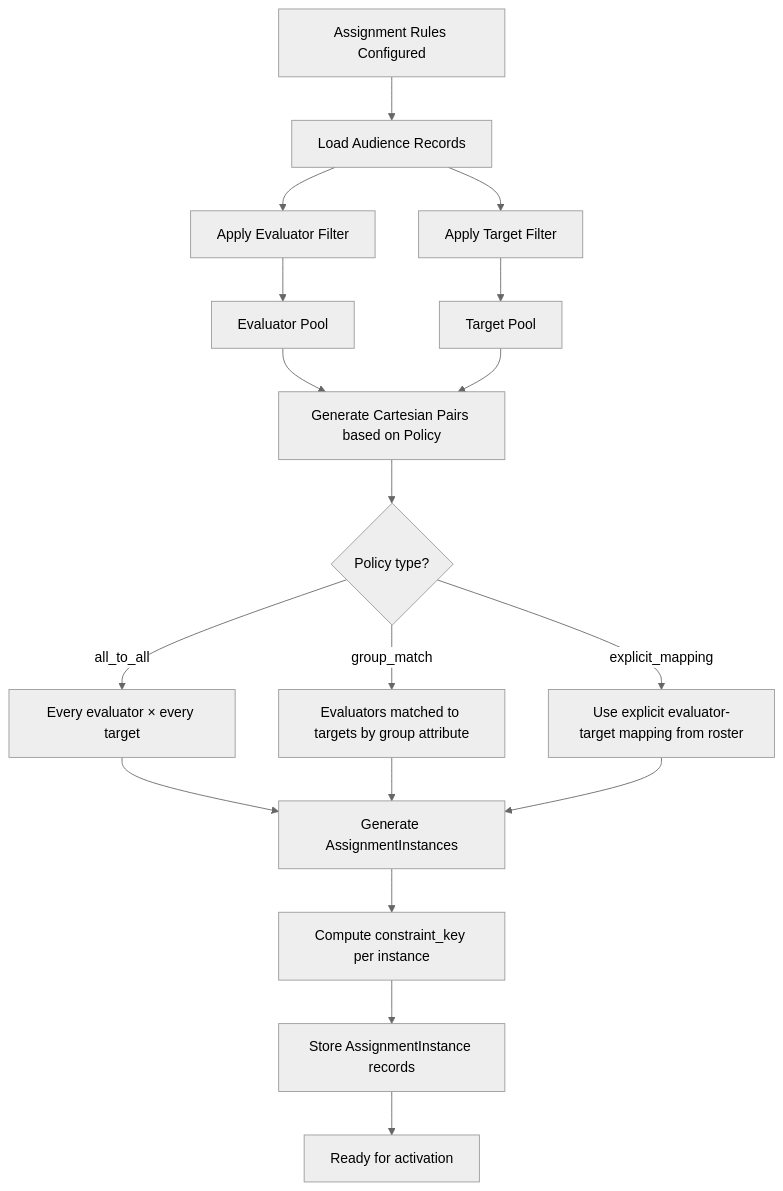
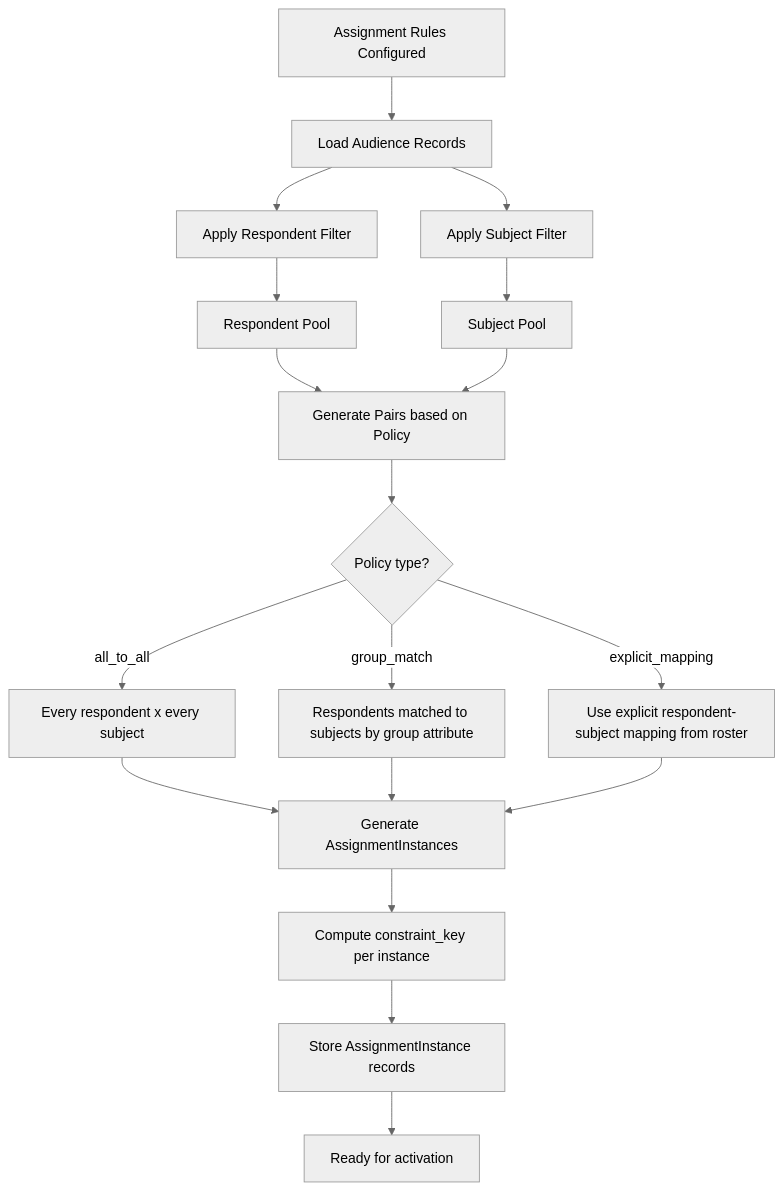
Diagram 12 of 25 in docs/lifecycle-flows.md (MuhibNayem/Survey-Engine), drawn with Mermaid (neutral theme) before and after one commit. The commit also changed other lines of this file and 4 other files, not shown here.

Commit message:
feat: Introduce "Open" and "Assigned" campaign modes, updating related requirements, data models, and lifecycle flows.

````diff
--- a/docs/lifecycle-flows.md
+++ b/docs/lifecycle-flows.md
@@ -575,20 +592,20 @@
 ```mermaid
 flowchart TD
   A[Assignment Rules Configured] --> B[Load Audience Records]
-  B --> C[Apply Evaluator Filter]
-  C --> D[Evaluator Pool]
-  B --> E[Apply Target Filter]
-  E --> F[Target Pool]
-  D --> G[Generate Cartesian Pairs based on Policy]
+  B --> C[Apply Respondent Filter]
+  C --> D[Respondent Pool]
+  B --> E[Apply Subject Filter]
+  E --> F[Subject Pool]
+  D --> G[Generate Pairs based on Policy]
   F --> G
   G --> H{Policy type?}
-  H -->|all_to_all| I[Every evaluator × every target]
-  H -->|group_match| J[Evaluators matched to targets by group attribute]
-  H -->|explicit_mapping| K[Use explicit evaluator-target mapping from roster]
+  H -->|all_to_all| I[Every respondent x every subject]
+  H -->|group_match| J[Respondents matched to subjects by group attribute]
+  H -->|explicit_mapping| K[Use explicit respondent-subject mapping from roster]
   I --> L[Generate AssignmentInstances]
   J --> L
   K --> L
   L --> M[Compute constraint_key per instance]
   M --> N[Store AssignmentInstance records]
   N --> O[Ready for activation]
 ```
````
